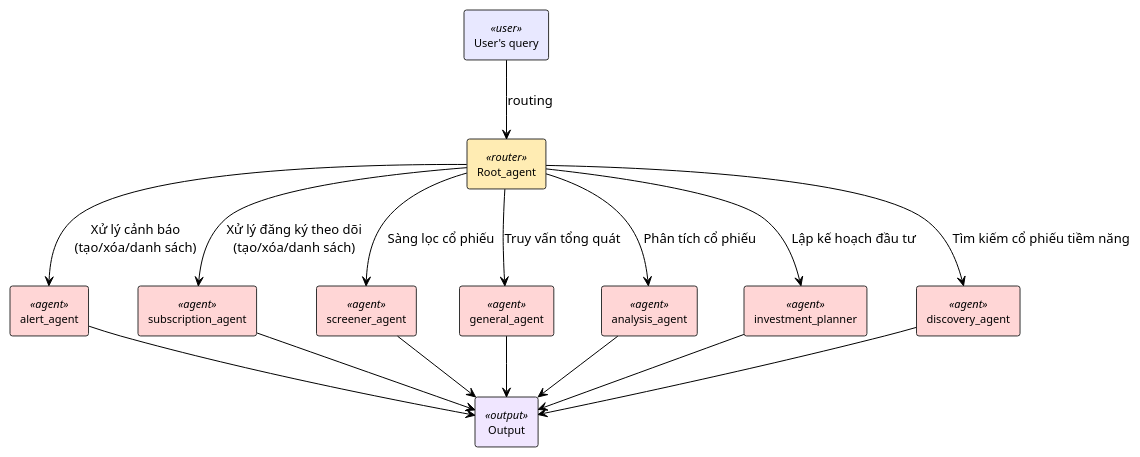
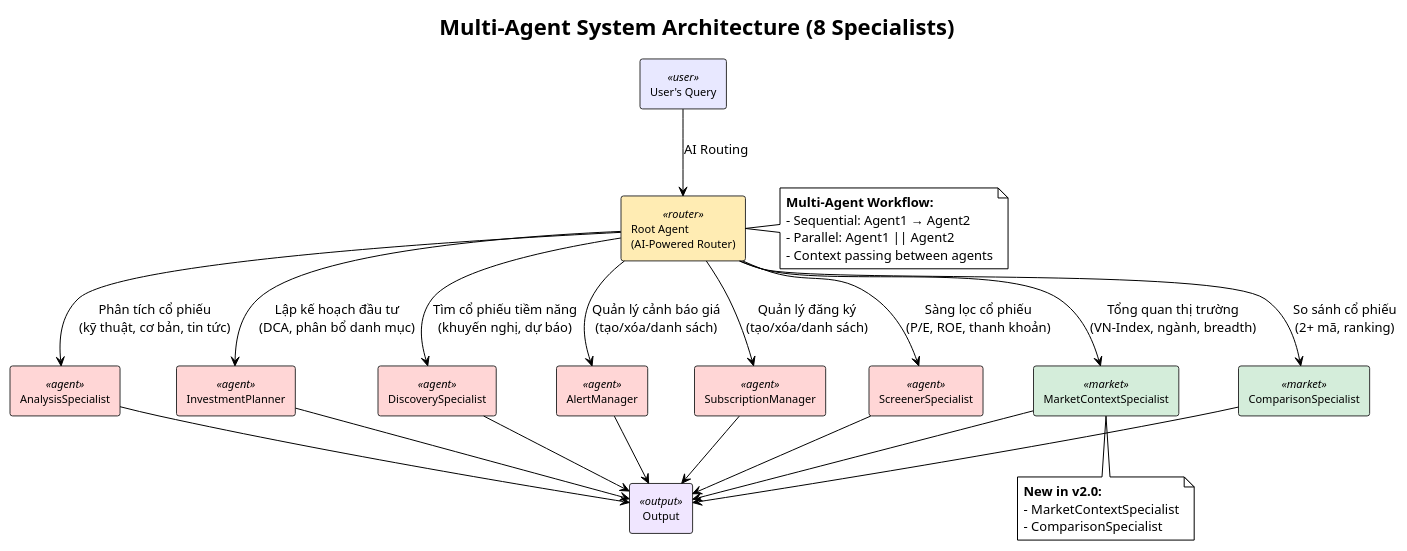
The diagram in diagrams/agent_diagrams/agent_system_architecture.puml (GiangNV-HUST/DATN), drawn with PlantUML before and after one commit. The commit also changed 22 other files, not shown here.

First line of the commit message:
fix: Fix PlantUML nested rectangle syntax errors

```diff
--- a/diagrams/agent_diagrams/agent_system_architecture.puml
+++ b/diagrams/agent_diagrams/agent_system_architecture.puml
@@ -2,47 +2,66 @@
 @startuml agent_system_architecture
 !theme plain
 skinparam backgroundColor #FFFFFF
 skinparam shadowing false
 skinparam defaultFontName "Times New Roman"
 
+title Multi-Agent System Architecture (8 Specialists)
 
 skinparam rectangle {
     BackgroundColor<<user>> #E8E8FF
     BackgroundColor<<router>> #FFECB3
     BackgroundColor<<agent>> #FFD6D6
+    BackgroundColor<<market>> #D4EDDA
     BackgroundColor<<output>> #F0E6FF
     BorderColor #333333
     FontSize 11
 }
 
-rectangle "User's query" as query <<user>>
-rectangle "Root_agent" as root <<router>>
+rectangle "User's Query" as query <<user>>
+rectangle "Root Agent\n(AI-Powered Router)" as root <<router>>
 rectangle "Output" as output <<output>>
 
-rectangle "alert_agent" as alert <<agent>>
-rectangle "subscription_agent" as subscription <<agent>>
-rectangle "screener_agent" as screener <<agent>>
-rectangle "general_agent" as general <<agent>>
-rectangle "analysis_agent" as analysis <<agent>>
-rectangle "investment_planner" as investment <<agent>>
-rectangle "discovery_agent" as discovery <<agent>>
+' 8 Specialists
+rectangle "AlertManager" as alert <<agent>>
+rectangle "SubscriptionManager" as subscription <<agent>>
+rectangle "ScreenerSpecialist" as screener <<agent>>
+rectangle "AnalysisSpecialist" as analysis <<agent>>
+rectangle "InvestmentPlanner" as investment <<agent>>
+rectangle "DiscoverySpecialist" as discovery <<agent>>
+rectangle "MarketContextSpecialist" as market <<market>>
+rectangle "ComparisonSpecialist" as comparison <<market>>
 
-query --> root : "routing"
+query --> root : "AI Routing"
 
-root --> alert : "Xử lý cảnh báo\n(tạo/xóa/danh sách)"
-root --> subscription : "Xử lý đăng ký theo dõi\n(tạo/xóa/danh sách)"
-root --> screener : "Sàng lọc cổ phiếu"
-root --> general : "Truy vấn tổng quát"
-root --> analysis : "Phân tích cổ phiếu"
-root --> investment : "Lập kế hoạch đầu tư"
-root --> discovery : "Tìm kiếm cổ phiếu tiềm năng"
+root --> alert : "Quản lý cảnh báo giá\n(tạo/xóa/danh sách)"
+root --> subscription : "Quản lý đăng ký\n(tạo/xóa/danh sách)"
+root --> screener : "Sàng lọc cổ phiếu\n(P/E, ROE, thanh khoản)"
+root --> analysis : "Phân tích cổ phiếu\n(kỹ thuật, cơ bản, tin tức)"
+root --> investment : "Lập kế hoạch đầu tư\n(DCA, phân bổ danh mục)"
+root --> discovery : "Tìm cổ phiếu tiềm năng\n(khuyến nghị, dự báo)"
+root --> market : "Tổng quan thị trường\n(VN-Index, ngành, breadth)"
+root --> comparison : "So sánh cổ phiếu\n(2+ mã, ranking)"
 
 alert --> output
 subscription --> output
 screener --> output
-general --> output
 analysis --> output
 investment --> output
 discovery --> output
+market --> output
+comparison --> output
+
+note right of root
+  **Multi-Agent Workflow:**
+  - Sequential: Agent1 → Agent2
+  - Parallel: Agent1 || Agent2
+  - Context passing between agents
+end note
+
+note bottom of market
+  **New in v2.0:**
+  - MarketContextSpecialist
+  - ComparisonSpecialist
+end note
 
 @enduml
```
